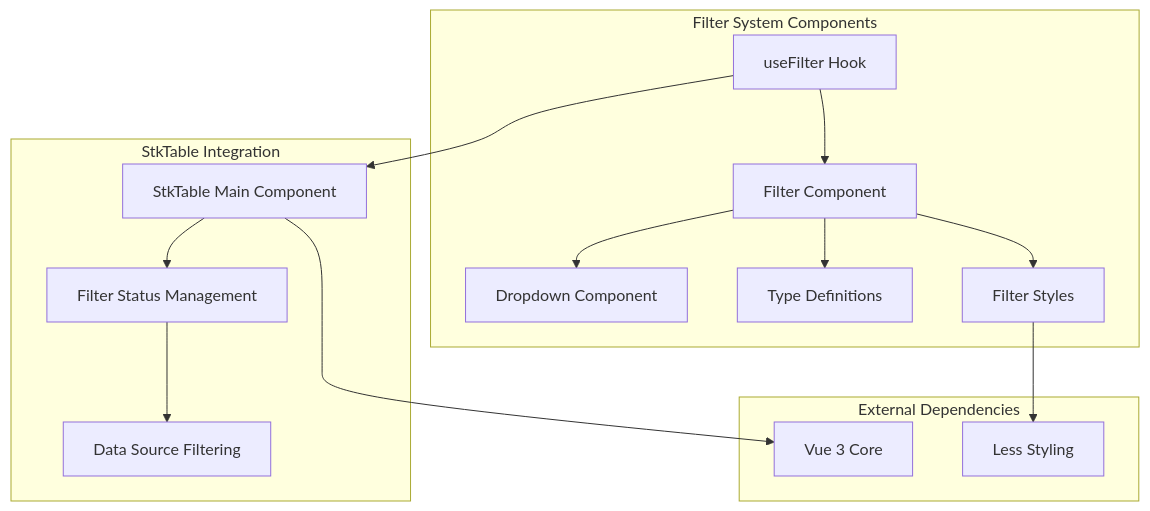
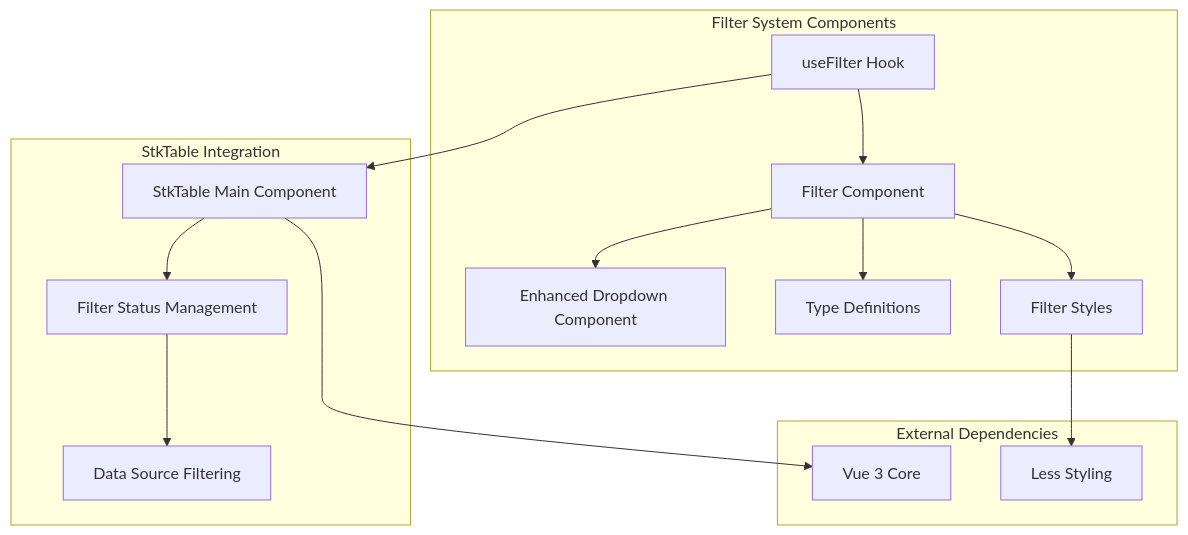
The first of 9 diagrams in .qoder/repowiki/en/content/Basic Features/Filter System.md (ja-plus/stk-table-vue), drawn with Mermaid before and after one commit. The commit also changed other lines of this file and 9 other files, not shown here.

````diff
--- a/.qoder/repowiki/en/content/Basic Features/Filter System.md
+++ b/.qoder/repowiki/en/content/Basic Features/Filter System.md
@@ -37,28 +45,28 @@
 ```mermaid
 graph TB
 subgraph "Filter System Components"
 useFilter[useFilter Hook]
 FilterComp[Filter Component]
-Dropdown[Dropdown Component]
+Dropdown[Enhanced Dropdown Component]
 Types[Type Definitions]
 Styles[Filter Styles]
 end
 subgraph "StkTable Integration"
 StkTable[StkTable Main Component]
 FilterStatus[Filter Status Management]
 DataSource[Data Source Filtering]
 end
 subgraph "External Dependencies"
 Vue[Vue 3 Core]
 Less[Less Styling]
 end
 useFilter --> FilterComp
 FilterComp --> Dropdown
 FilterComp --> Types
 FilterComp --> Styles
 useFilter --> StkTable
 StkTable --> FilterStatus
 FilterStatus --> DataSource
 StkTable --> Vue
 Styles --> Less
 ```
````
